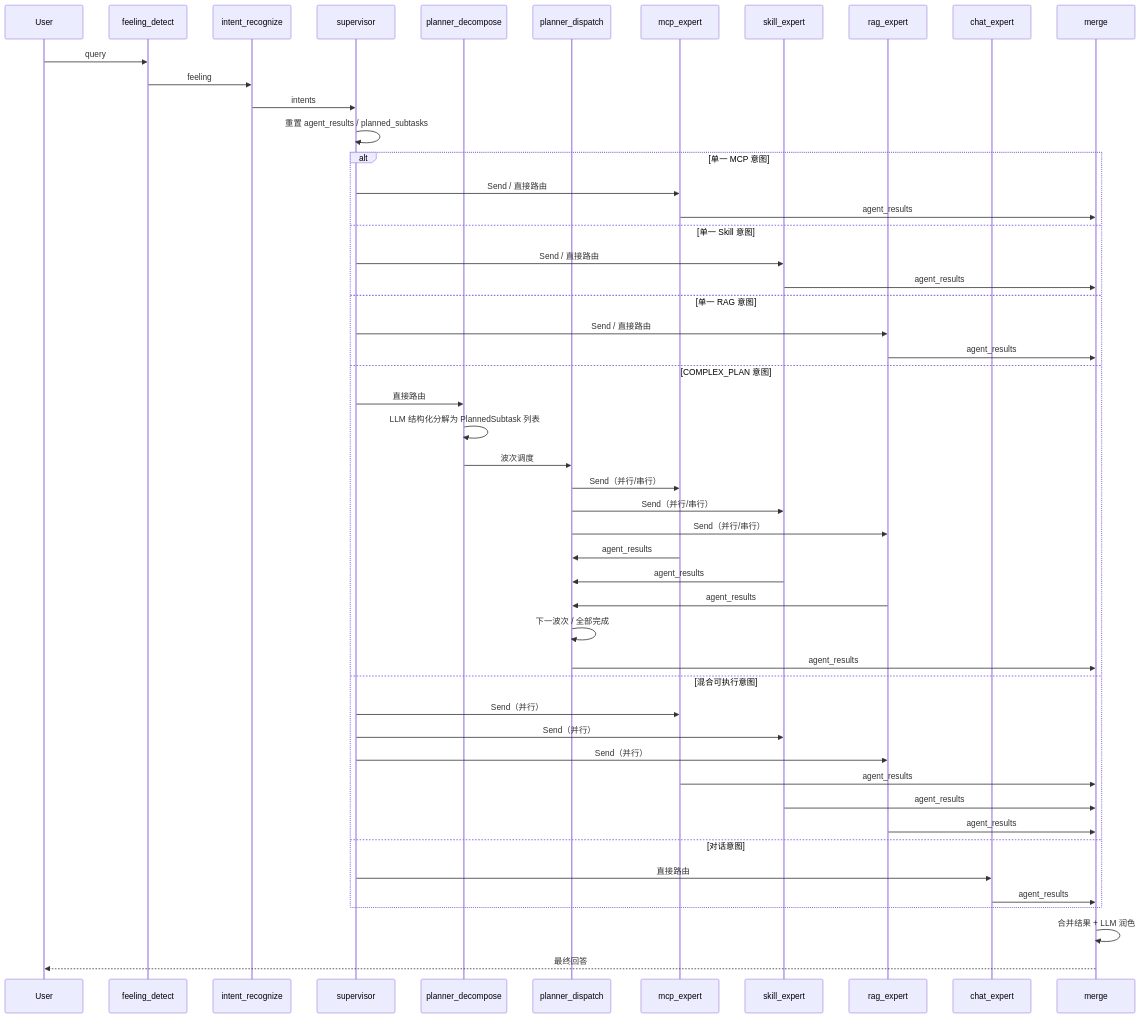
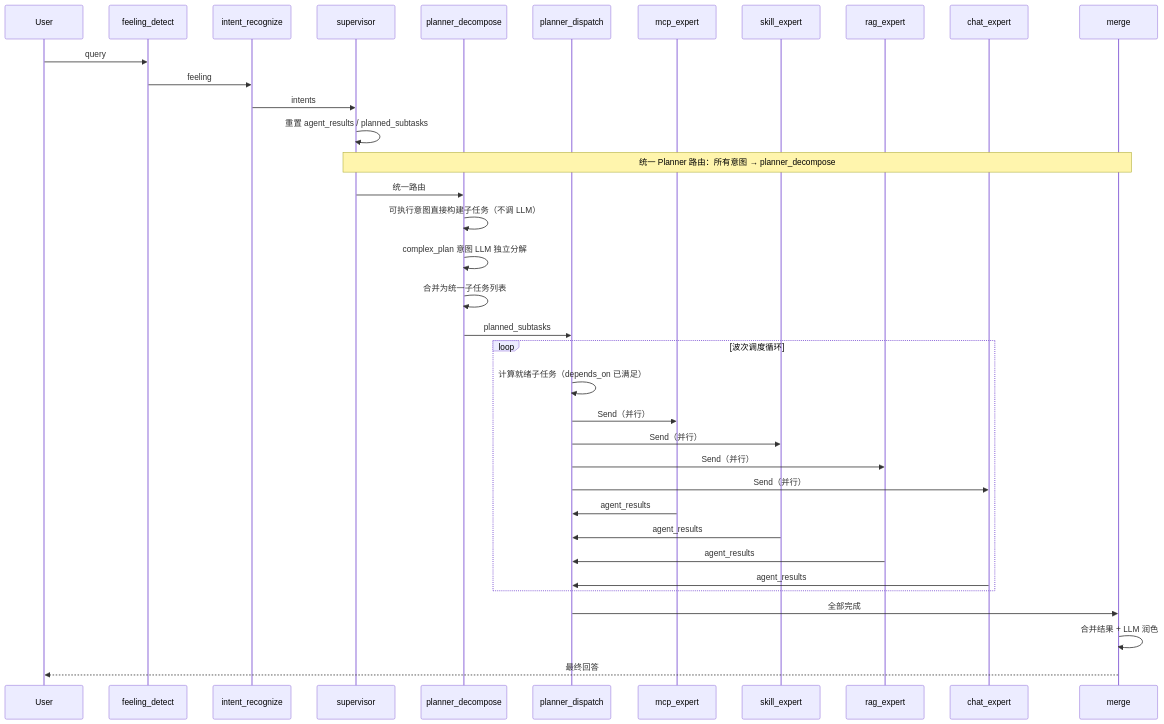
One commit to JIAF-JIAF/LangGraphAgent changed the diagram in README.md. Above: the diagram before and after it, drawn with Mermaid. The commit also changed other lines of this file and 19 other files, not shown here.

````diff
--- a/README.md
+++ b/README.md
@@ -124,55 +123,43 @@
 ```mermaid
 sequenceDiagram
     participant User
     participant Feeling as feeling_detect
     participant Intent as intent_recognize
     participant Supervisor as supervisor
     participant Planner as planner_decompose
     participant Dispatch as planner_dispatch
     participant MCP as mcp_expert
     participant Skill as skill_expert
     participant RAG as rag_expert
     participant Chat as chat_expert
     participant Merge as merge
 
     User->>Feeling: query
     Feeling->>Intent: feeling
     Intent->>Supervisor: intents
     Supervisor->>Supervisor: 重置 agent_results / planned_subtasks
 
-    alt 单一 MCP 意图
-        Supervisor->>MCP: Send / 直接路由
-        MCP->>Merge: agent_results
-    else 单一 Skill 意图
-        Supervisor->>Skill: Send / 直接路由
-        Skill->>Merge: agent_results
-    else 单一 RAG 意图
-        Supervisor->>RAG: Send / 直接路由
-        RAG->>Merge: agent_results
-    else COMPLEX_PLAN 意图
-        Supervisor->>Planner: 直接路由
-        Planner->>Planner: LLM 结构化分解为 PlannedSubtask 列表
-        Planner->>Dispatch: 波次调度
-        Dispatch->>MCP: Send（并行/串行）
-        Dispatch->>Skill: Send（并行/串行）
-        Dispatch->>RAG: Send（并行/串行）
+    Note over Supervisor,Merge: 统一 Planner 路由：所有意图 → planner_decompose
+
+    Supervisor->>Planner: 统一路由
+    Planner->>Planner: 可执行意图直接构建子任务（不调 LLM）
+    Planner->>Planner: complex_plan 意图 LLM 独立分解
+    Planner->>Planner: 合并为统一子任务列表
+
+    Planner->>Dispatch: planned_subtasks
+    loop 波次调度循环
+        Dispatch->>Dispatch: 计算就绪子任务（depends_on 已满足）
+        Dispatch->>MCP: Send（并行）
+        Dispatch->>Skill: Send（并行）
+        Dispatch->>RAG: Send（并行）
+        Dispatch->>Chat: Send（并行）
         MCP->>Dispatch: agent_results
         Skill->>Dispatch: agent_results
         RAG->>Dispatch: agent_results
-        Dispatch->>Dispatch: 下一波次 / 全部完成
-        Dispatch->>Merge: agent_results
-    else 混合可执行意图
-        Supervisor->>MCP: Send（并行）
-        Supervisor->>Skill: Send（并行）
-        Supervisor->>RAG: Send（并行）
-        MCP->>Merge: agent_results
-        Skill->>Merge: agent_results
-        RAG->>Merge: agent_results
-    else 对话意图
-        Supervisor->>Chat: 直接路由
-        Chat->>Merge: agent_results
+        Chat->>Dispatch: agent_results
     end
+    Dispatch->>Merge: 全部完成
 
     Merge->>Merge: 合并结果 + LLM 润色
     Merge-->>User: 最终回答
 ```
````
